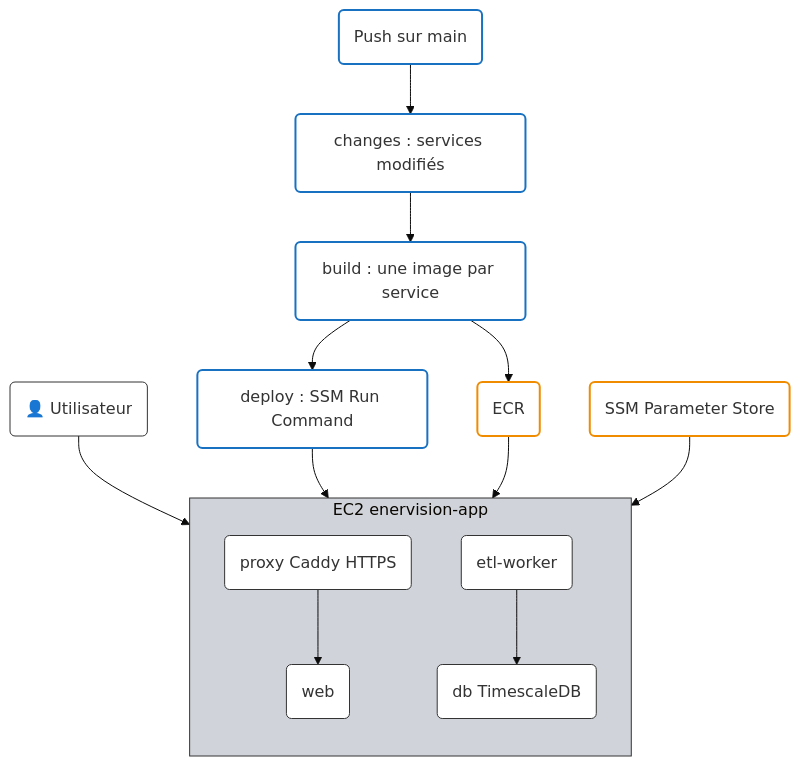
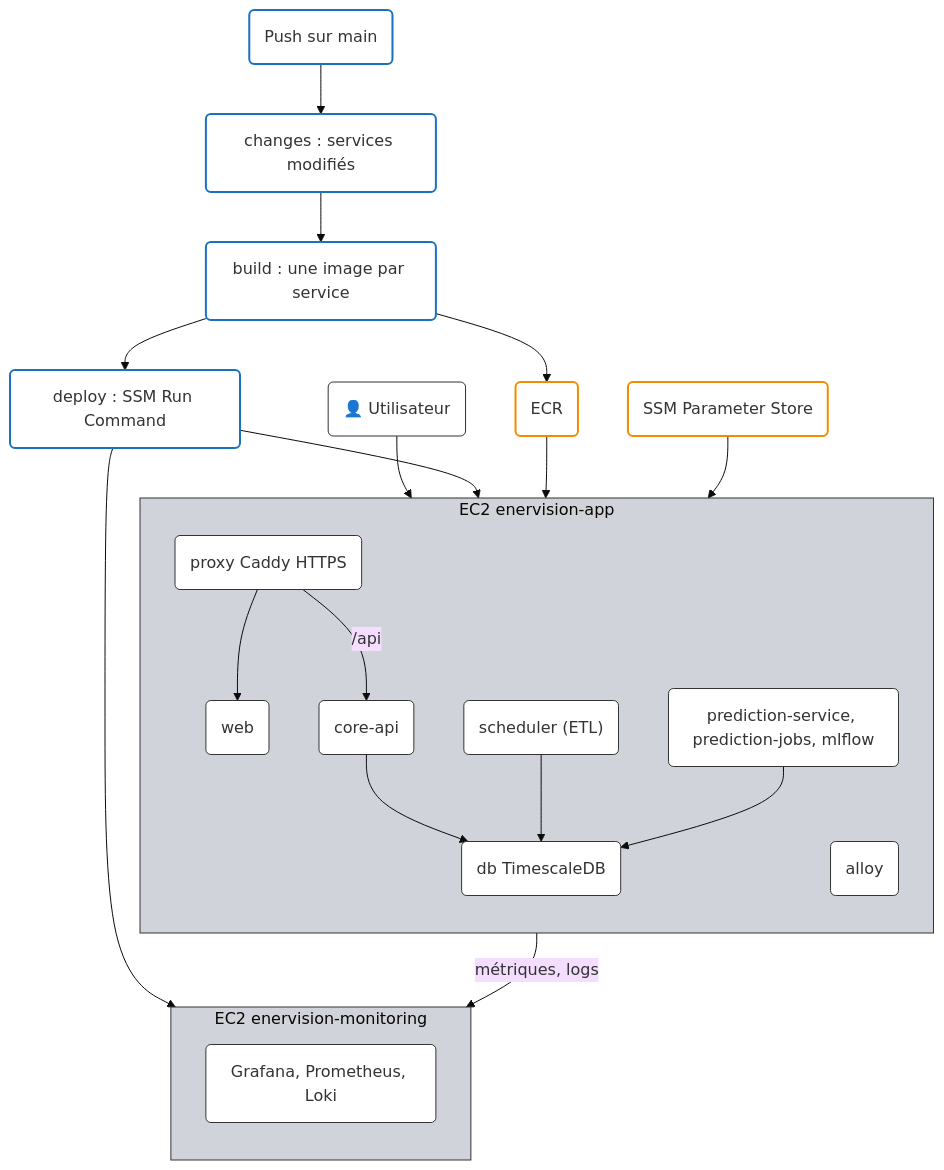
One commit to enervision-project/smart-energy-optimizer changed the diagram in docs/doc-technique/infra/deploiement.md. Above: the diagram before and after it, drawn with Mermaid (base theme). The commit also changed other lines of this file and 2 other files, not shown here.

````diff
--- a/docs/doc-technique/infra/deploiement.md
+++ b/docs/doc-technique/infra/deploiement.md
@@ -12,37 +14,51 @@
 ```mermaid
 flowchart TD
     PUSH("Push sur main")
     CHANGES("changes : services modifiés")
     BUILD("build : une image par service")
     DEPLOY("deploy : SSM Run Command")
     ECR("ECR")
     PARAMS("SSM Parameter Store")
     USER_ACTOR("👤 Utilisateur")
 
 subgraph EC2["EC2 enervision-app"]
 direction TB
 PROXY("proxy Caddy HTTPS")
 WEB("web")
-ETL("etl-worker")
+API("core-api")
+ETL("scheduler (ETL)")
+ML("prediction-service, prediction-jobs, mlflow")
 DB("db TimescaleDB")
+ALLOY("alloy")
 PROXY --> WEB
+PROXY -->|/api| API
+API --> DB
 ETL --> DB
+ML --> DB
+end
+
+subgraph MON["EC2 enervision-monitoring"]
+direction TB
+GRAFANA("Grafana, Prometheus, Loki")
 end
 
 PUSH --> CHANGES
 CHANGES --> BUILD
 BUILD --> ECR
 BUILD --> DEPLOY
 DEPLOY --> EC2
+DEPLOY --> MON
 ECR --> EC2
 PARAMS --> EC2
+ALLOY -->|métriques, logs| GRAFANA
 USER_ACTOR --> PROXY
 
 classDef ci fill:#fff,stroke:#1971c2,stroke-width:2px
 classDef aws fill:#fff,stroke:#f08c00,stroke-width:2px
 classDef plain fill:#fff,stroke:#333,stroke-width:1px
 class PUSH,CHANGES,BUILD,DEPLOY ci
 class ECR,PARAMS aws
-class PROXY,WEB,ETL,DB,USER_ACTOR plain
+class PROXY,WEB,API,ETL,ML,DB,ALLOY,GRAFANA,USER_ACTOR plain
 style EC2 fill:#d0d4da,stroke:#333
+style MON fill:#d0d4da,stroke:#333
 ```
````
